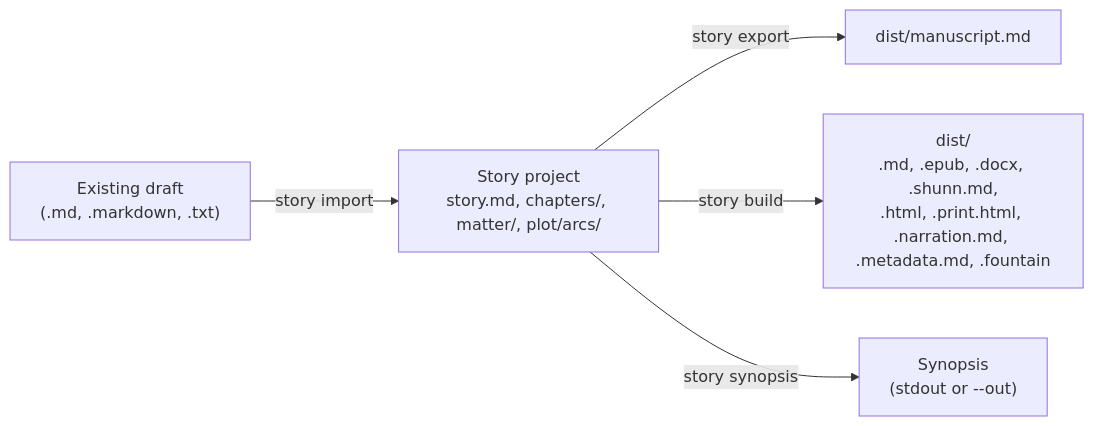
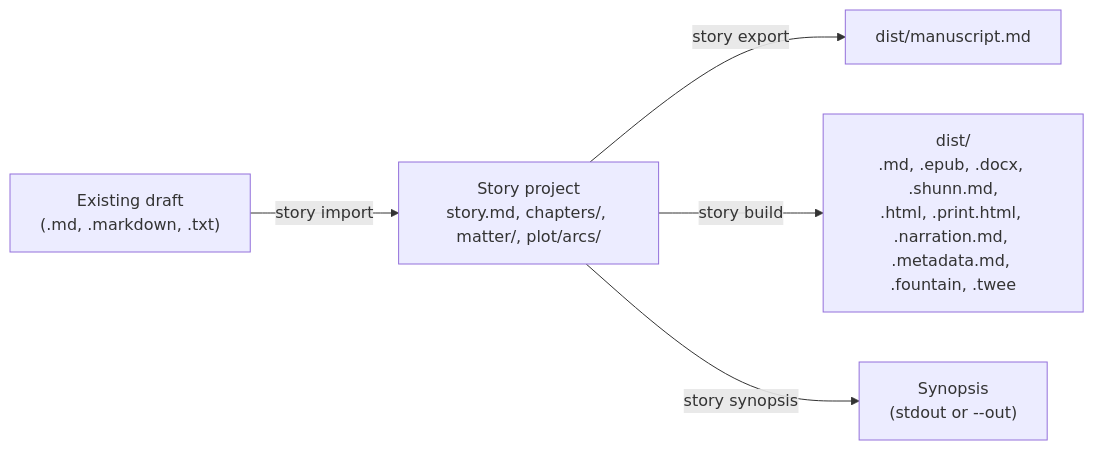
Before and after one commit to cateyephotos/story-skills: the diagram in docs/manuscripts.md, drawn with Mermaid. The commit also changed other lines of this file and 44 other files, not shown here.

First line of the commit message:
feat: build branching stories as Twine (Twee 3) source

````diff
--- a/docs/manuscripts.md
+++ b/docs/manuscripts.md
@@ -29,7 +29,7 @@
 ```mermaid
 flowchart LR
   draft["Existing draft<br/>(.md, .markdown, .txt)"] -->|story import| project["Story project<br/>story.md, chapters/, matter/, plot/arcs/"]
   project -->|story export| manuscript["dist/manuscript.md"]
-  project -->|story build| dist["dist/<br/>.md, .epub, .docx, .shunn.md,<br/>.html, .print.html, .narration.md, .metadata.md, .fountain"]
+  project -->|story build| dist["dist/<br/>.md, .epub, .docx, .shunn.md,<br/>.html, .print.html, .narration.md, .metadata.md, .fountain, .twee"]
   project -->|story synopsis| synopsis["Synopsis<br/>(stdout or --out)"]
 ```
````
